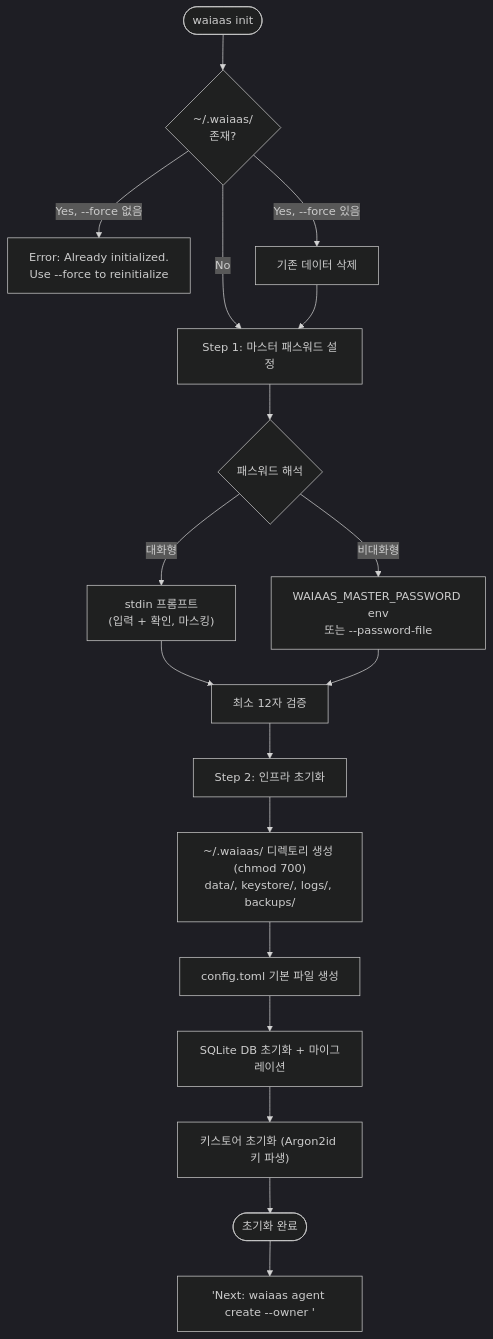
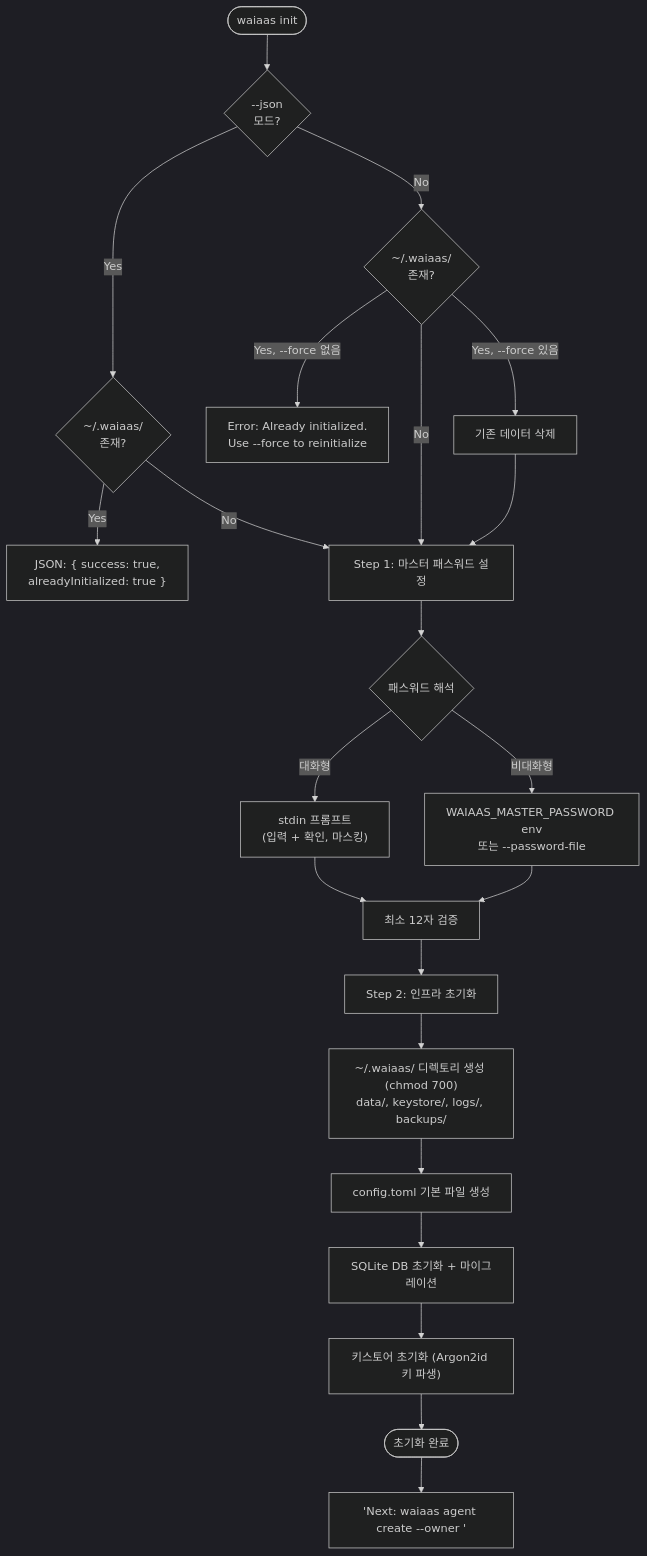
The diagram in .planning/deliverables/54-cli-flow-redesign.md (minhoyoo-iotrust/WAIaaS), drawn with Mermaid (dark theme) before and after one commit. The commit also changed other lines of this file and 18 other files, not shown here.

````diff
--- a/.planning/deliverables/54-cli-flow-redesign.md
+++ b/.planning/deliverables/54-cli-flow-redesign.md
@@ -77,24 +77,30 @@
 ```mermaid
 flowchart TD
-    Start([waiaas init]) --> CheckExist{~/.waiaas/<br/>존재?}
+    Start([waiaas init]) --> CheckJson{--json<br/>모드?}
+
+    CheckJson -->|Yes| CheckExistJson{~/.waiaas/<br/>존재?}
+    CheckJson -->|No| CheckExist{~/.waiaas/<br/>존재?}
+
+    CheckExistJson -->|Yes| IdempotentReturn["JSON: { success: true,<br/>alreadyInitialized: true }"]
+    CheckExistJson -->|No| Step1
 
     CheckExist -->|Yes, --force 없음| AlreadyInit["Error: Already initialized.<br/>Use --force to reinitialize"]
     CheckExist -->|Yes, --force 있음| ForceClean["기존 데이터 삭제"]
     CheckExist -->|No| Step1
     ForceClean --> Step1
 
     Step1[Step 1: 마스터 패스워드 설정]
     Step1 --> ResolvePassword{패스워드 해석}
     ResolvePassword -->|대화형| PWPrompt["stdin 프롬프트<br/>(입력 + 확인, 마스킹)"]
     ResolvePassword -->|비대화형| PWEnvOrFile["WAIAAS_MASTER_PASSWORD env<br/>또는 --password-file"]
     PWPrompt --> ValidatePW[최소 12자 검증]
     PWEnvOrFile --> ValidatePW
 
     ValidatePW --> Step2[Step 2: 인프라 초기화]
     Step2 --> Dir["~/.waiaas/ 디렉토리 생성 (chmod 700)<br/>data/, keystore/, logs/, backups/"]
     Dir --> Config["config.toml 기본 파일 생성"]
     Config --> DBInit["SQLite DB 초기화 + 마이그레이션"]
     DBInit --> KSInit["키스토어 초기화 (Argon2id 키 파생)"]
     KSInit --> Done([초기화 완료])
     Done --> NextStep["'Next: waiaas agent create --owner <addr>'"]
 ```
````
